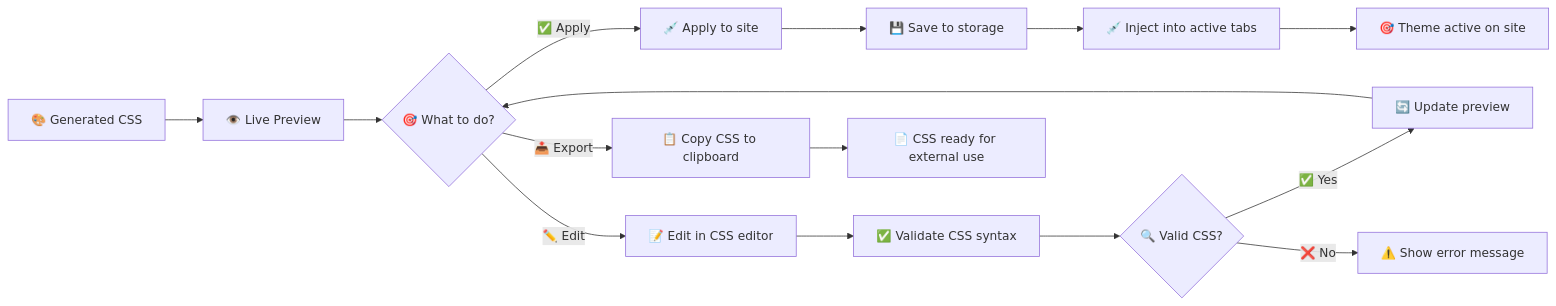
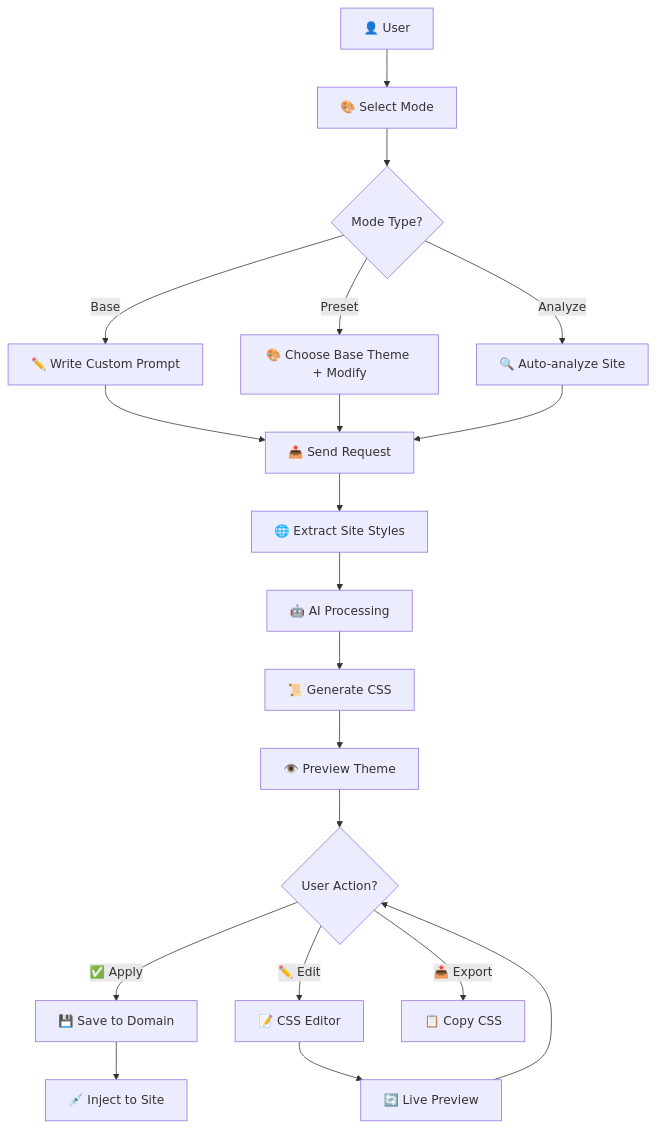
The diagram in README.md (BankkRoll/sitecn), drawn with Mermaid before and after one commit. The commit also changed other lines of this file and 15 other files, not shown here.

````diff
--- a/README.md
+++ b/README.md
@@ -173,11 +227,27 @@
 ```mermaid
-flowchart LR
-    A[🎨 Generated CSS] --> B[👁️ Live Preview] --> C{🎯 What to do?}
+flowchart TD
+    A[👤 User] --> B[🎨 Select Mode]
+    B --> C{Mode Type?}
     
-    C -->|✅ Apply| D[💉 Apply to site] --> K[💾 Save to storage] --> L[💉 Inject into active tabs] --> M[🎯 Theme active on site]
-    C -->|✏️ Edit| E[📝 Edit in CSS editor] --> G[✅ Validate CSS syntax] --> H{🔍 Valid CSS?}
-    C -->|📤 Export| F[📋 Copy CSS to clipboard] --> N[📄 CSS ready for external use]
+    C -->|Base| D[✏️ Write Custom Prompt]
+    C -->|Preset| E[🎨 Choose Base Theme + Modify]
+    C -->|Analyze| F[🔍 Auto-analyze Site]
     
-    H -->|✅ Yes| I[🔄 Update preview] --> C
-    H -->|❌ No| J[⚠️ Show error message]
+    D --> G[📤 Send Request]
+    E --> G
+    F --> G
+    
+    G --> H[🌐 Extract Site Styles]
+    H --> I[🤖 AI Processing]
+    I --> J[📜 Generate CSS]
+    J --> K[👁️ Preview Theme]
+    K --> L{User Action?}
+    
+    L -->|✅ Apply| M[💾 Save to Domain]
+    L -->|✏️ Edit| N[📝 CSS Editor]
+    L -->|📤 Export| O[📋 Copy CSS]
+    
+    M --> P[💉 Inject to Site]
+    N --> Q[🔄 Live Preview]
+    Q --> L
 ```
````
